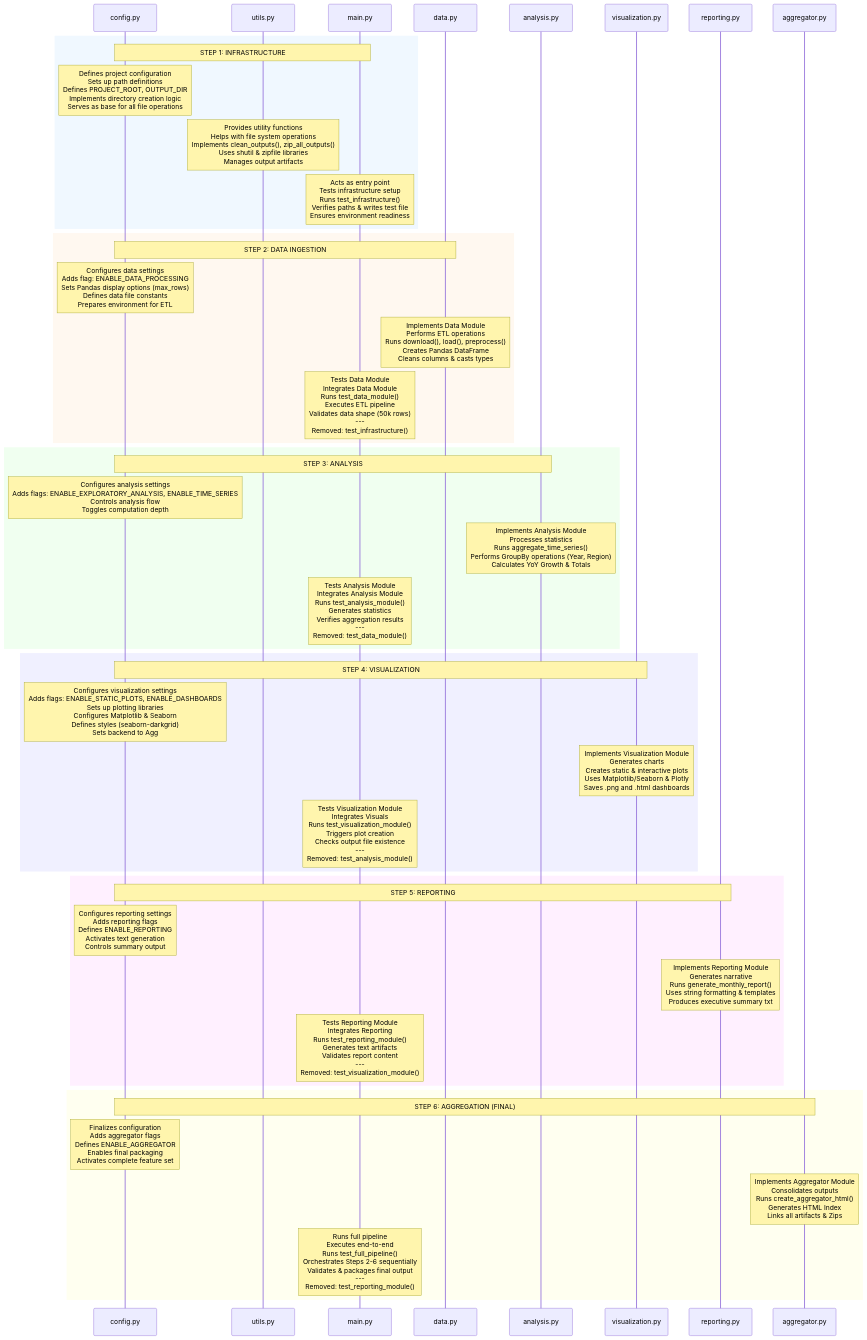
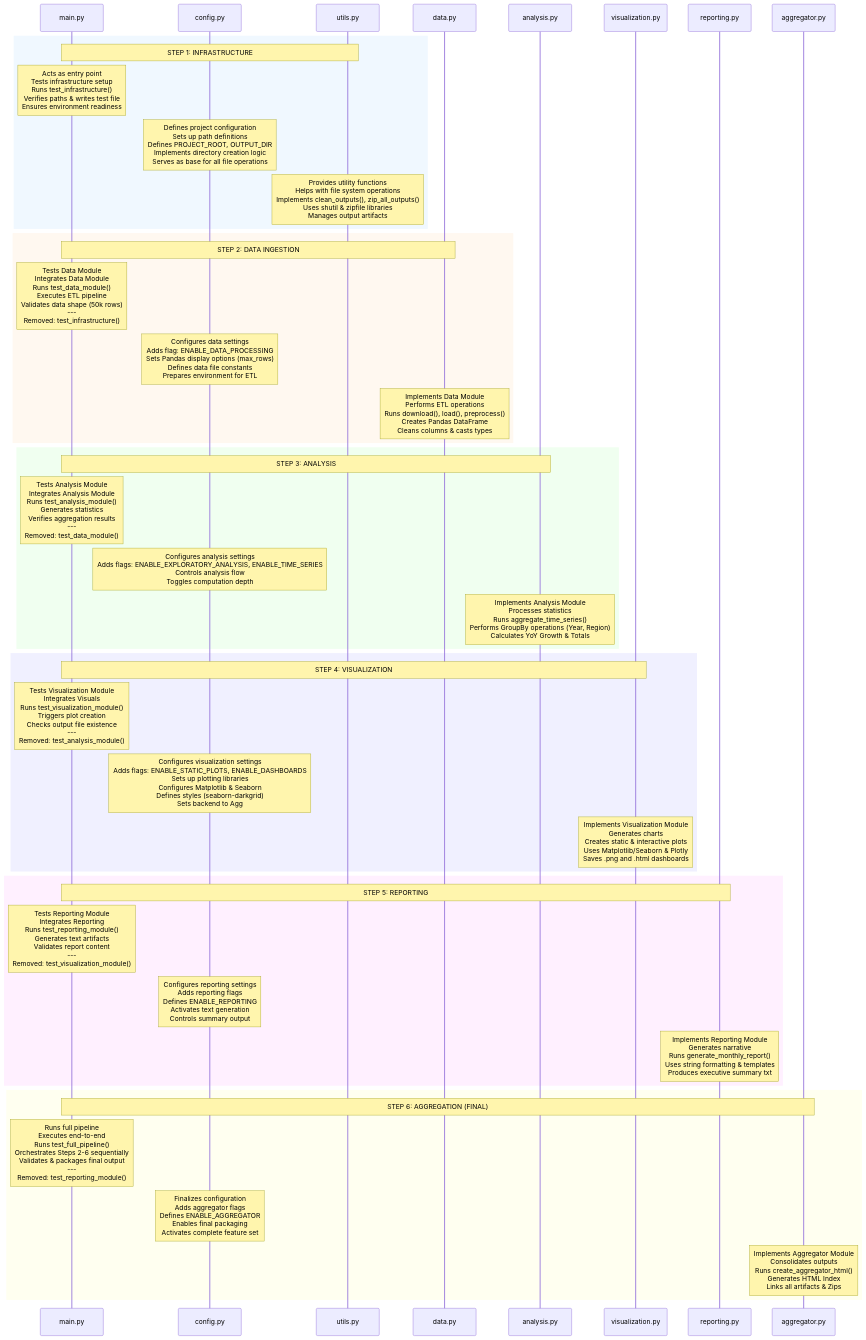
The diagram in v251130-simple-from-colab-then-restructure-in-steps/evolution/project_evolution.md (StephenEastham/bmw-sales-forecast), drawn with Mermaid before and after one commit.

````diff
--- a/v251130-simple-from-colab-then-restructure-in-steps/evolution/project_evolution.md
+++ b/v251130-simple-from-colab-then-restructure-in-steps/evolution/project_evolution.md
@@ -3,60 +3,60 @@
 ```mermaid
 sequenceDiagram
     autonumber
+    participant Main as main.py
     participant Config as config.py
     participant Utils as utils.py
-    participant Main as main.py
     participant Data as data.py
     participant Analysis as analysis.py
     participant Viz as visualization.py
     participant Report as reporting.py
     participant Agg as aggregator.py
 
     %% STEP 1: INFRASTRUCTURE
     rect rgb(240, 248, 255)
-    Note over Config, Main: STEP 1: INFRASTRUCTURE
+    Note over Main, Utils: STEP 1: INFRASTRUCTURE
+    Note over Main: Acts as entry point<br/>Tests infrastructure setup<br/>Runs test_infrastructure()<br/>Verifies paths & writes test file<br/>Ensures environment readiness
     Note over Config: Defines project configuration<br/>Sets up path definitions<br/>Defines PROJECT_ROOT, OUTPUT_DIR<br/>Implements directory creation logic<br/>Serves as base for all file operations
     Note over Utils: Provides utility functions<br/>Helps with file system operations<br/>Implements clean_outputs(), zip_all_outputs()<br/>Uses shutil & zipfile libraries<br/>Manages output artifacts
-    Note over Main: Acts as entry point<br/>Tests infrastructure setup<br/>Runs test_infrastructure()<br/>Verifies paths & writes test file<br/>Ensures environment readiness
     end
 
     %% STEP 2: DATA
     rect rgb(255, 248, 240)
-    Note over Config, Data: STEP 2: DATA INGESTION
+    Note over Main, Data: STEP 2: DATA INGESTION
+    Note over Main: Tests Data Module<br/>Integrates Data Module<br/>Runs test_data_module()<br/>Executes ETL pipeline<br/>Validates data shape (50k rows)<br/>---<br/>Removed: test_infrastructure()
     Note over Config: Configures data settings<br/>Adds flag: ENABLE_DATA_PROCESSING<br/>Sets Pandas display options (max_rows)<br/>Defines data file constants<br/>Prepares environment for ETL
     Note over Data: Implements Data Module<br/>Performs ETL operations<br/>Runs download(), load(), preprocess()<br/>Creates Pandas DataFrame<br/>Cleans columns & casts types
-    Note over Main: Tests Data Module<br/>Integrates Data Module<br/>Runs test_data_module()<br/>Executes ETL pipeline<br/>Validates data shape (50k rows)<br/>---<br/>Removed: test_infrastructure()
     end
 
     %% STEP 3: ANALYSIS
     rect rgb(240, 255, 240)
-    Note over Config, Analysis: STEP 3: ANALYSIS
+    Note over Main, Analysis: STEP 3: ANALYSIS
+    Note over Main: Tests Analysis Module<br/>Integrates Analysis Module<br/>Runs test_analysis_module()<br/>Generates statistics<br/>Verifies aggregation results<br/>---<br/>Removed: test_data_module()
     Note over Config: Configures analysis settings<br/>Adds flags: ENABLE_EXPLORATORY_ANALYSIS, ENABLE_TIME_SERIES<br/>Controls analysis flow<br/>Toggles computation depth
     Note over Analysis: Implements Analysis Module<br/>Processes statistics<br/>Runs aggregate_time_series()<br/>Performs GroupBy operations (Year, Region)<br/>Calculates YoY Growth & Totals
-    Note over Main: Tests Analysis Module<br/>Integrates Analysis Module<br/>Runs test_analysis_module()<br/>Generates statistics<br/>Verifies aggregation results<br/>---<br/>Removed: test_data_module()
     end
 
     %% STEP 4: VISUALIZATION
     rect rgb(240, 240, 255)
-    Note over Config, Viz: STEP 4: VISUALIZATION
+    Note over Main, Viz: STEP 4: VISUALIZATION
+    Note over Main: Tests Visualization Module<br/>Integrates Visuals<br/>Runs test_visualization_module()<br/>Triggers plot creation<br/>Checks output file existence<br/>---<br/>Removed: test_analysis_module()
     Note over Config: Configures visualization settings<br/>Adds flags: ENABLE_STATIC_PLOTS, ENABLE_DASHBOARDS<br/>Sets up plotting libraries<br/>Configures Matplotlib & Seaborn<br/>Defines styles (seaborn-darkgrid)<br/>Sets backend to Agg
     Note over Viz: Implements Visualization Module<br/>Generates charts<br/>Creates static & interactive plots<br/>Uses Matplotlib/Seaborn & Plotly<br/>Saves .png and .html dashboards
-    Note over Main: Tests Visualization Module<br/>Integrates Visuals<br/>Runs test_visualization_module()<br/>Triggers plot creation<br/>Checks output file existence<br/>---<br/>Removed: test_analysis_module()
     end
 
     %% STEP 5: REPORTING
     rect rgb(255, 240, 255)
-    Note over Config, Report: STEP 5: REPORTING
+    Note over Main, Report: STEP 5: REPORTING
+    Note over Main: Tests Reporting Module<br/>Integrates Reporting<br/>Runs test_reporting_module()<br/>Generates text artifacts<br/>Validates report content<br/>---<br/>Removed: test_visualization_module()
     Note over Config: Configures reporting settings<br/>Adds reporting flags<br/>Defines ENABLE_REPORTING<br/>Activates text generation<br/>Controls summary output
     Note over Report: Implements Reporting Module<br/>Generates narrative<br/>Runs generate_monthly_report()<br/>Uses string formatting & templates<br/>Produces executive summary txt
-    Note over Main: Tests Reporting Module<br/>Integrates Reporting<br/>Runs test_reporting_module()<br/>Generates text artifacts<br/>Validates report content<br/>---<br/>Removed: test_visualization_module()
     end
 
     %% STEP 6: AGGREGATION
     rect rgb(255, 255, 240)
-    Note over Config, Agg: STEP 6: AGGREGATION (FINAL)
+    Note over Main, Agg: STEP 6: AGGREGATION (FINAL)
+    Note over Main: Runs full pipeline<br/>Executes end-to-end<br/>Runs test_full_pipeline()<br/>Orchestrates Steps 2-6 sequentially<br/>Validates & packages final output<br/>---<br/>Removed: test_reporting_module()
     Note over Config: Finalizes configuration<br/>Adds aggregator flags<br/>Defines ENABLE_AGGREGATOR<br/>Enables final packaging<br/>Activates complete feature set
     Note over Agg: Implements Aggregator Module<br/>Consolidates outputs<br/>Runs create_aggregator_html()<br/>Generates HTML Index<br/>Links all artifacts & Zips
-    Note over Main: Runs full pipeline<br/>Executes end-to-end<br/>Runs test_full_pipeline()<br/>Orchestrates Steps 2-6 sequentially<br/>Validates & packages final output<br/>---<br/>Removed: test_reporting_module()
     end
 ```
````
